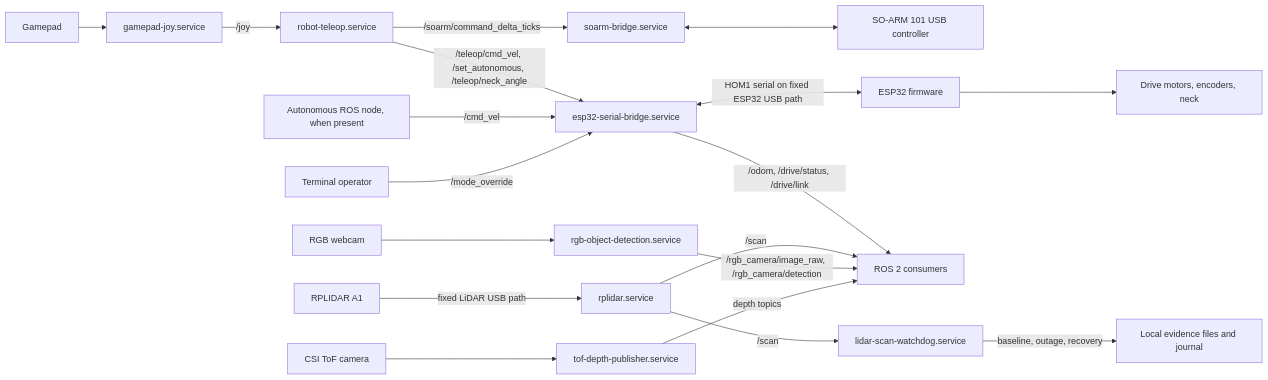
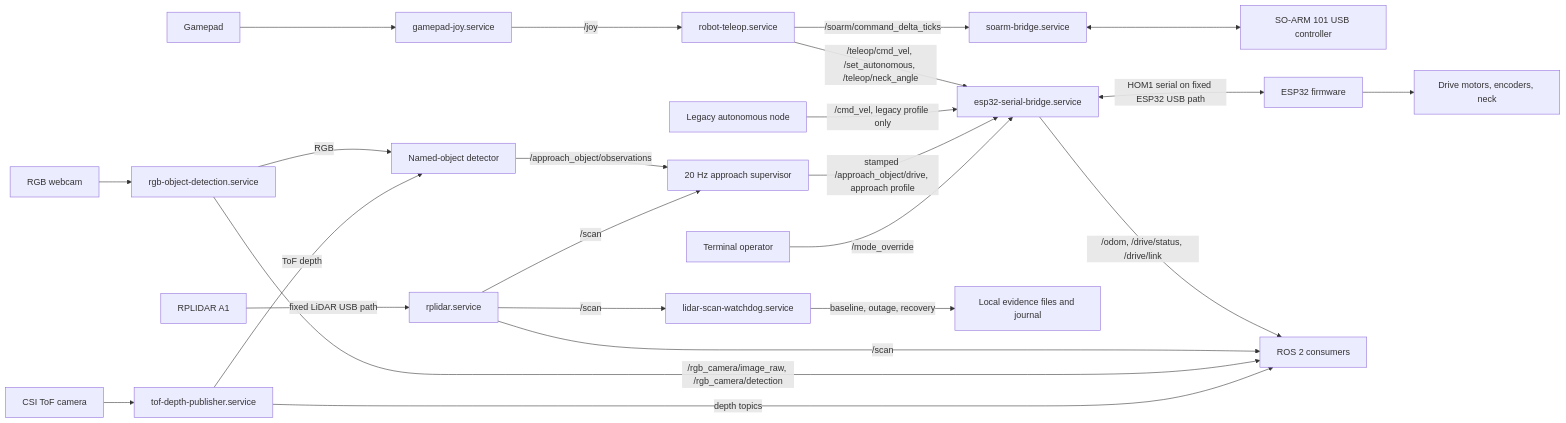
One commit to ao2-yekeen/homer changed the first of 2 diagrams in docs/architecture/README.md. Above: the diagram before and after it, drawn with Mermaid. The commit also changed other lines of this file and 34 other files, not shown here.

Commit message:
Add supervised floor-object approach with fail-closed qualification

````diff
--- a/docs/architecture/README.md
+++ b/docs/architecture/README.md
@@ -9,23 +184,28 @@
 ```mermaid
 flowchart LR
   gamepad[Gamepad] --> joy[gamepad-joy.service]
   joy -->|/joy| teleop[robot-teleop.service]
   teleop -->|/teleop/cmd_vel, /set_autonomous, /teleop/neck_angle| bridge[esp32-serial-bridge.service]
-  autonomy[Autonomous ROS node, when present] -->|/cmd_vel| bridge
+  autonomy[Legacy autonomous node] -->|/cmd_vel, legacy profile only| bridge
+  detector[Named-object detector] -->|/approach_object/observations| supervisor[20 Hz approach supervisor]
+  supervisor -->|stamped /approach_object/drive, approach profile| bridge
+  camera -->|RGB| detector
+  depth -->|ToF depth| detector
+  driver -->|/scan| supervisor
   operator[Terminal operator] -->|/mode_override| bridge
   teleop -->|/soarm/command_delta_ticks| arm[soarm-bridge.service]
   arm <--> soarm[SO-ARM 101 USB controller]
   bridge <-->|HOM1 serial on fixed ESP32 USB path| esp32[ESP32 firmware]
   esp32 --> base[Drive motors, encoders, neck]
   bridge -->|/odom, /drive/status, /drive/link| ros[ROS 2 consumers]
 
   lidar[RPLIDAR A1] -->|fixed LiDAR USB path| driver[rplidar.service]
   driver -->|/scan| ros
   driver -->|/scan| watchdog[lidar-scan-watchdog.service]
   watchdog -->|baseline, outage, recovery| evidence[Local evidence files and journal]
 
   rgb[RGB webcam] --> camera[rgb-object-detection.service]
   camera -->|/rgb_camera/image_raw, /rgb_camera/detection| ros
   tof[CSI ToF camera] --> depth[tof-depth-publisher.service]
   depth -->|depth topics| ros
 ```
````
